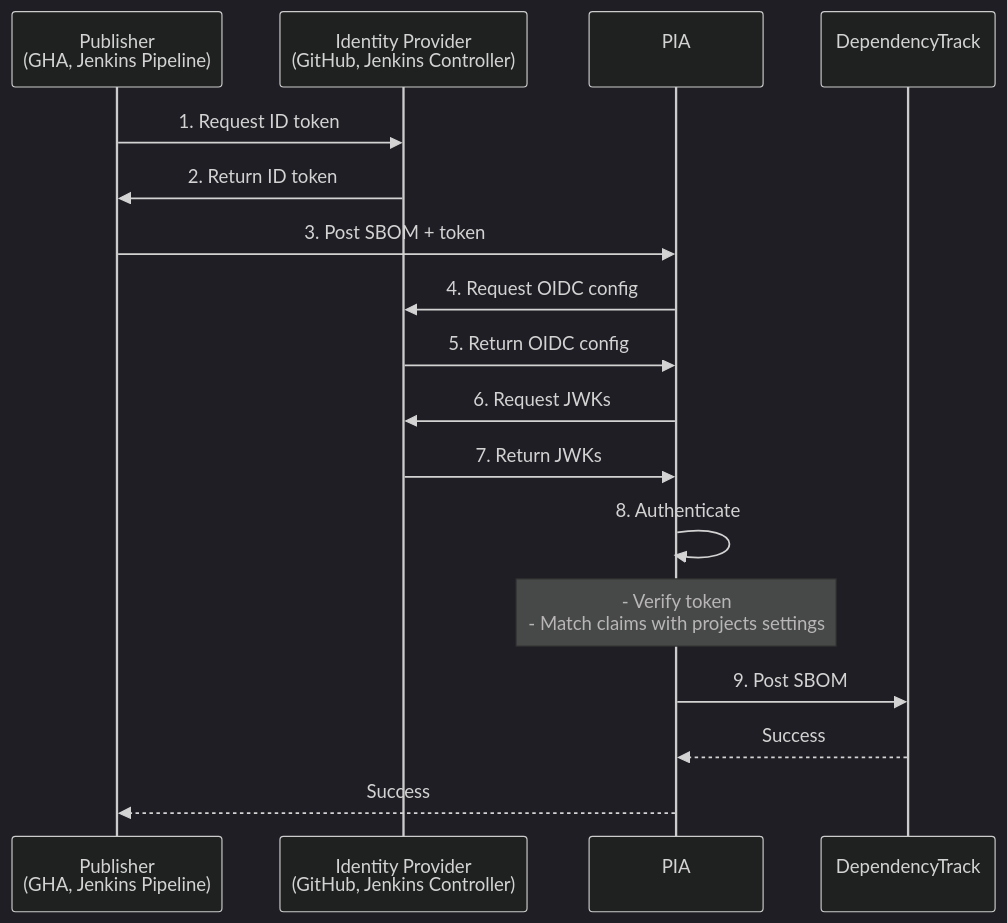
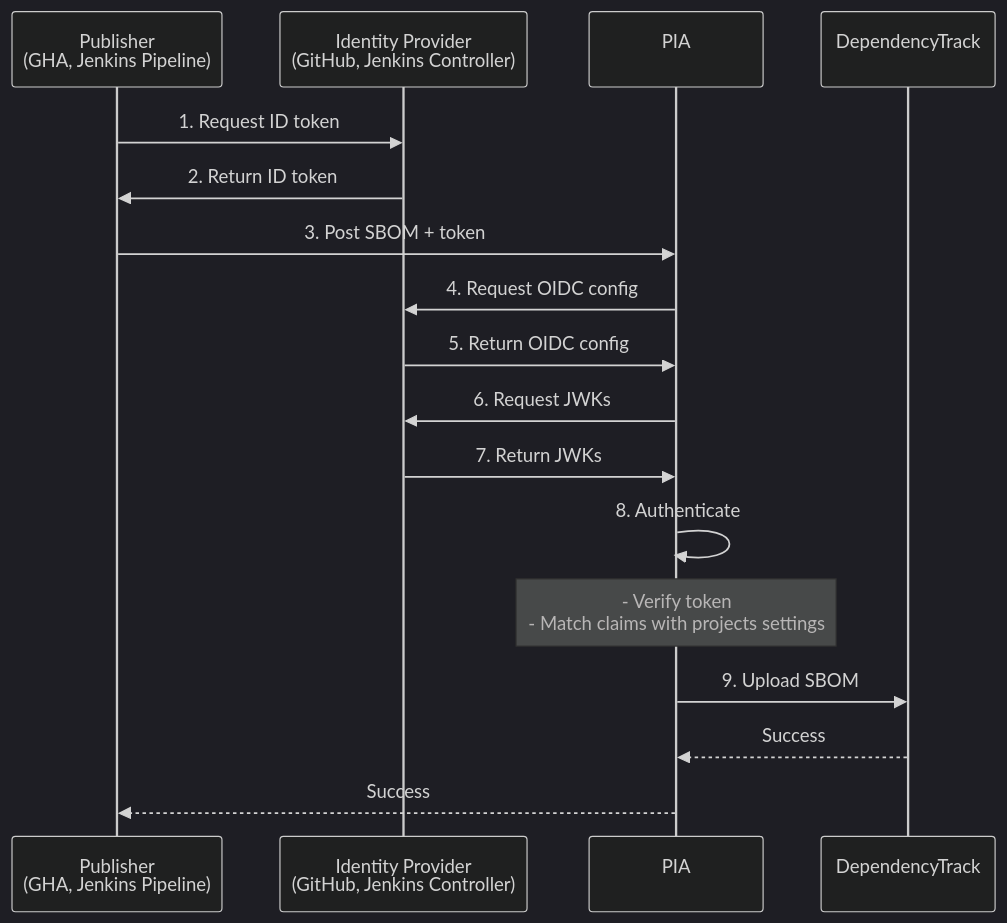
Before and after one commit to eclipse-csi/pia: the diagram in docs/DESIGN.md, drawn with Mermaid (dark theme). The commit also changed other lines of this file and 2 other files, not shown here.

````diff
--- a/docs/DESIGN.md
+++ b/docs/DESIGN.md
@@ -39,20 +39,20 @@
 ```mermaid
 sequenceDiagram
     participant Publisher as Publisher<br/>(GHA, Jenkins Pipeline)
     participant IdP as Identity Provider<br/>(GitHub, Jenkins Controller)
     participant PIA as PIA<br/>
     participant dp as DependencyTrack<br/>
 
     Publisher->>IdP: 1. Request ID token
     IdP->>Publisher: 2. Return ID token
     Publisher->>PIA: 3. Post SBOM + token
     PIA->>IdP: 4. Request OIDC config
     IdP->>PIA: 5. Return OIDC config
     PIA->>IdP: 6. Request JWKs
     IdP->>PIA: 7. Return JWKs
     PIA->>PIA: 8. Authenticate
     Note over PIA: - Verify token<br/>- Match claims with projects settings
-    PIA->>dp: 9. Post SBOM
+    PIA->>dp: 9. Upload SBOM
     dp-->>PIA: Success
     PIA-->>Publisher: Success
 ```
````
